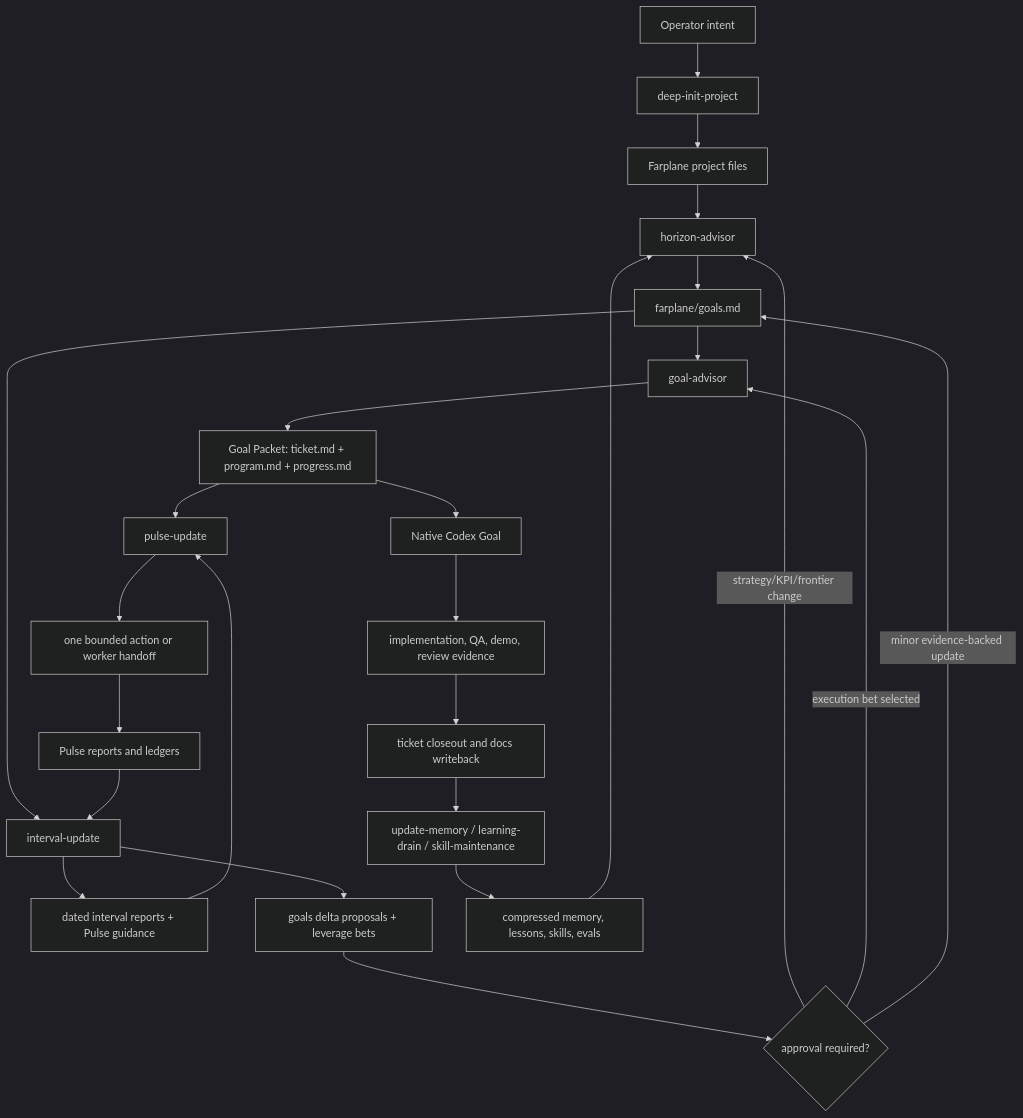
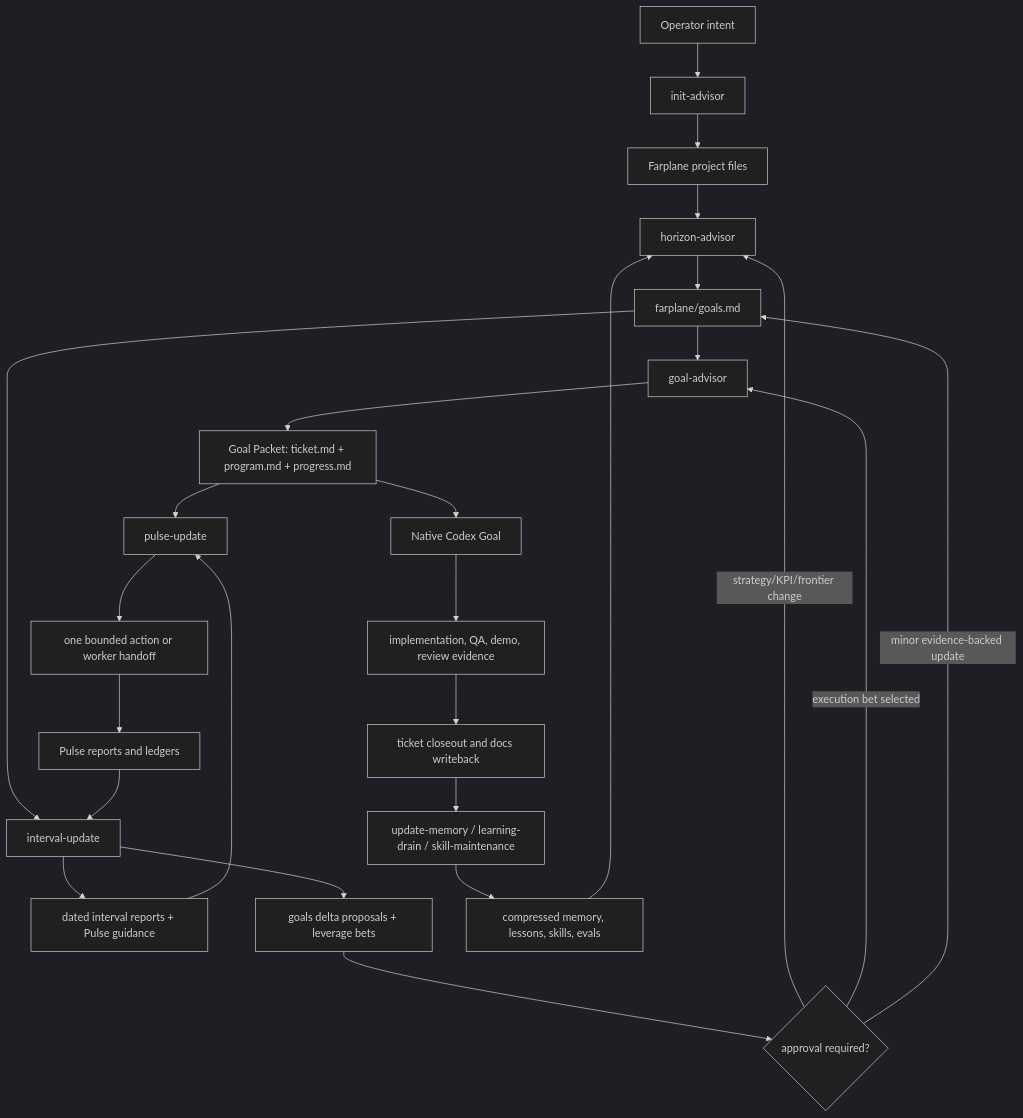
One commit to ZanarkandTechnologies/Farplane changed the diagram in docs/farplane-framework/lifecycle.md. Above: the diagram before and after it, drawn with Mermaid (dark theme). The commit also changed other lines of this file and 195 other files, not shown here.

````diff
--- a/docs/farplane-framework/lifecycle.md
+++ b/docs/farplane-framework/lifecycle.md
@@ -87,27 +92,27 @@
 ```mermaid
 flowchart TD
-  A["Operator intent"] --> B["deep-init-project"]
+  A["Operator intent"] --> B["init-advisor"]
   B --> C["Farplane project files"]
   C --> D["horizon-advisor"]
   D --> E["farplane/goals.md"]
   E --> F["goal-advisor"]
   F --> G["Goal Packet: ticket.md + program.md + progress.md"]
   G --> H["Native Codex Goal"]
   H --> I["implementation, QA, demo, review evidence"]
   I --> J["ticket closeout and docs writeback"]
   E --> K["interval-update"]
   K --> L["dated interval reports + Pulse guidance"]
   K --> R["goals delta proposals + leverage bets"]
   R --> S{"approval required?"}
   S -->|strategy/KPI/frontier change| D
   S -->|execution bet selected| F
   S -->|minor evidence-backed update| E
   G --> M["pulse-update"]
   L --> M
   M --> N["one bounded action or worker handoff"]
   N --> O["Pulse reports and ledgers"]
   O --> K
   J --> P["update-memory / learning-drain / skill-maintenance"]
   P --> Q["compressed memory, lessons, skills, evals"]
   Q --> D
 ```
````
